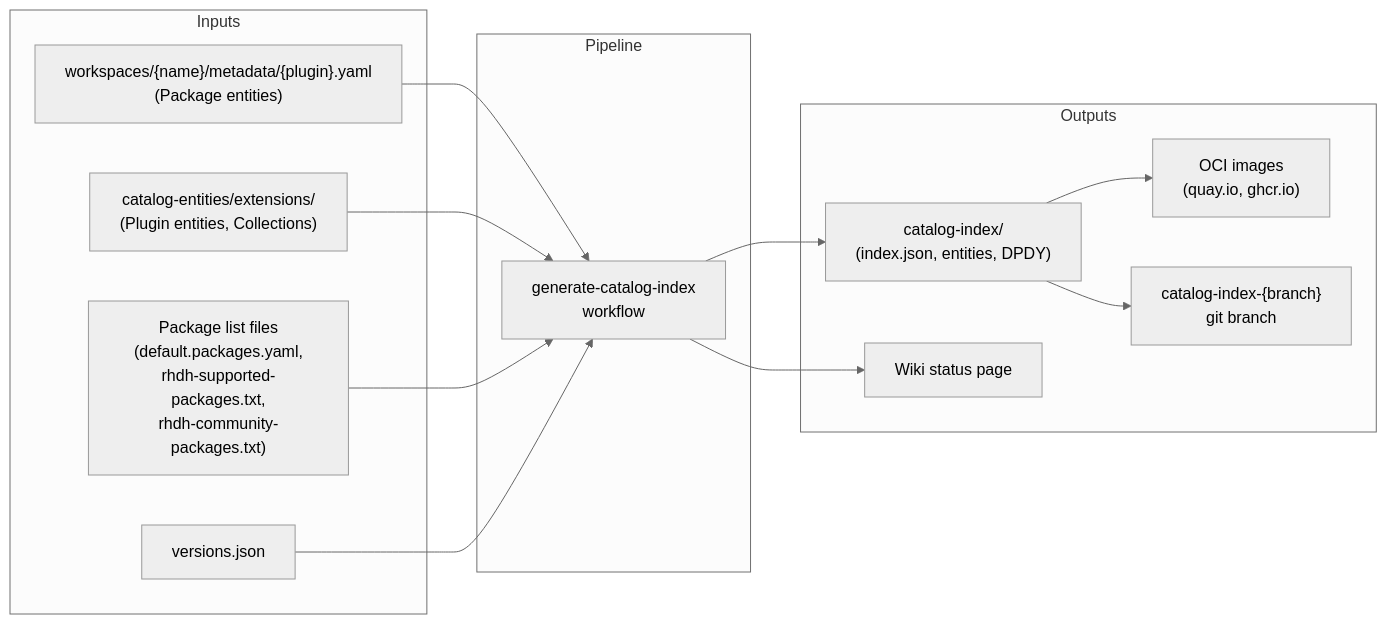
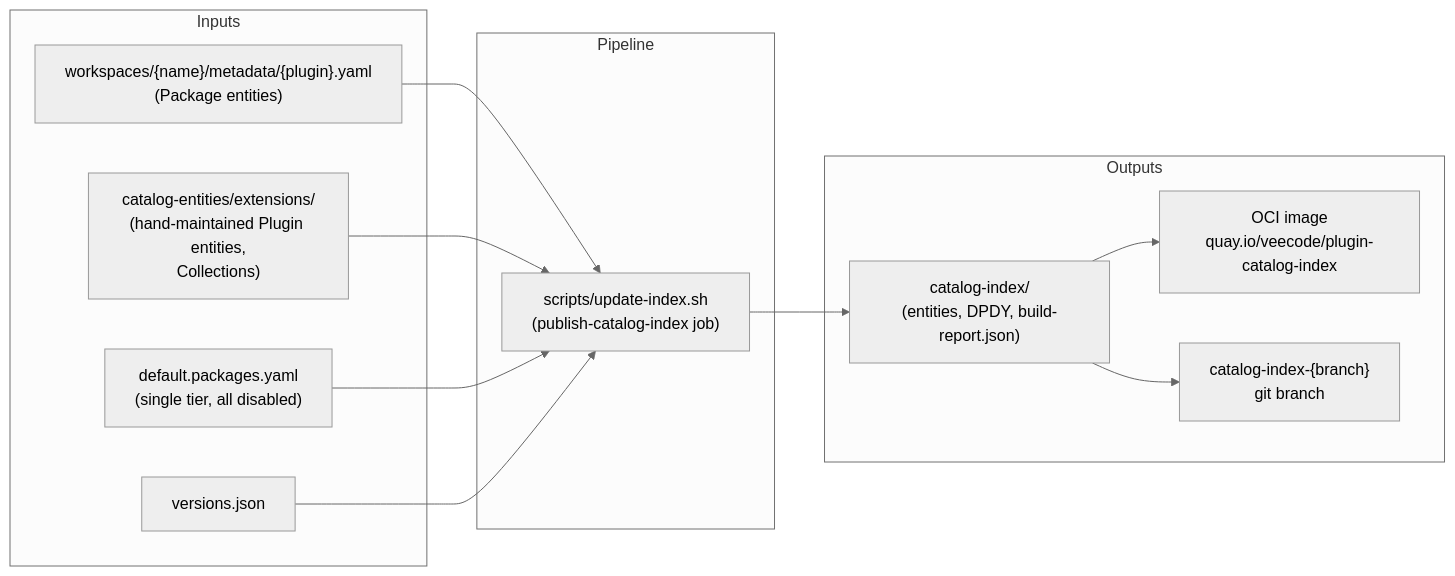
The first of 2 diagrams in user-guide/07-plugin-catalog-index.md (veecode-platform/devportal-plugin-export-overlays), drawn with Mermaid (neutral theme) before and after one commit. The commit also changed other lines of this file and 17 other files, not shown here.

First line of the commit message:
feat(catalog-index): adopt upstream RHDH index pipeline (ADR-008 WS-2a)

````diff
--- a/user-guide/07-plugin-catalog-index.md
+++ b/user-guide/07-plugin-catalog-index.md
@@ -32,29 +15,27 @@
 ```mermaid
 flowchart LR
     subgraph Inputs
         META["workspaces/{name}/metadata/{plugin}.yaml<br/>(Package entities)"]
-        CATS["catalog-entities/extensions/<br/>(Plugin entities, Collections)"]
-        PKGS["Package list files<br/>(default.packages.yaml,<br/>rhdh-supported-packages.txt,<br/>rhdh-community-packages.txt)"]
+        CATS["catalog-entities/extensions/<br/>(hand-maintained Plugin entities,<br/>Collections)"]
+        PKGS["default.packages.yaml<br/>(single tier, all disabled)"]
         VERS["versions.json"]
     end
 
     subgraph Pipeline
-        GEN["generate-catalog-index<br/>workflow"]
+        GEN["scripts/update-index.sh<br/>(publish-catalog-index job)"]
     end
 
     subgraph Outputs
-        IDX["catalog-index/<br/>(index.json, entities, DPDY)"]
-        OCI["OCI images<br/>(quay.io, ghcr.io)"]
+        IDX["catalog-index/<br/>(entities, DPDY, build-report.json)"]
+        OCI["OCI image<br/>quay.io/veecode/plugin-catalog-index"]
         BRANCH["catalog-index-{branch}<br/>git branch"]
-        WIKI["Wiki status page"]
     end
 
     META --> GEN
     CATS --> GEN
     PKGS --> GEN
     VERS --> GEN
     GEN --> IDX
     IDX --> OCI
     IDX --> BRANCH
-    GEN --> WIKI
 ```
````
